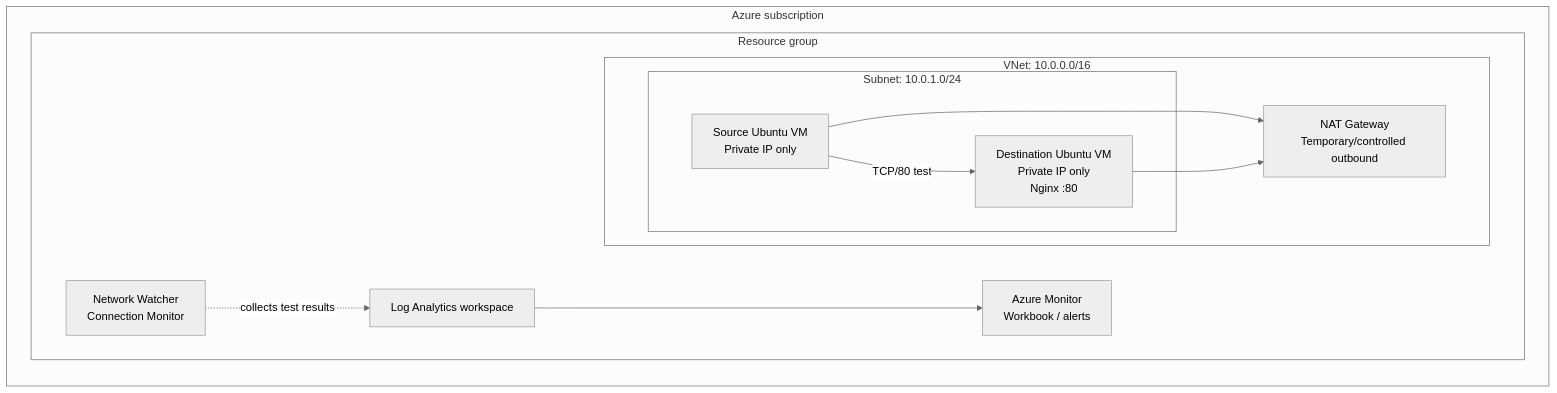
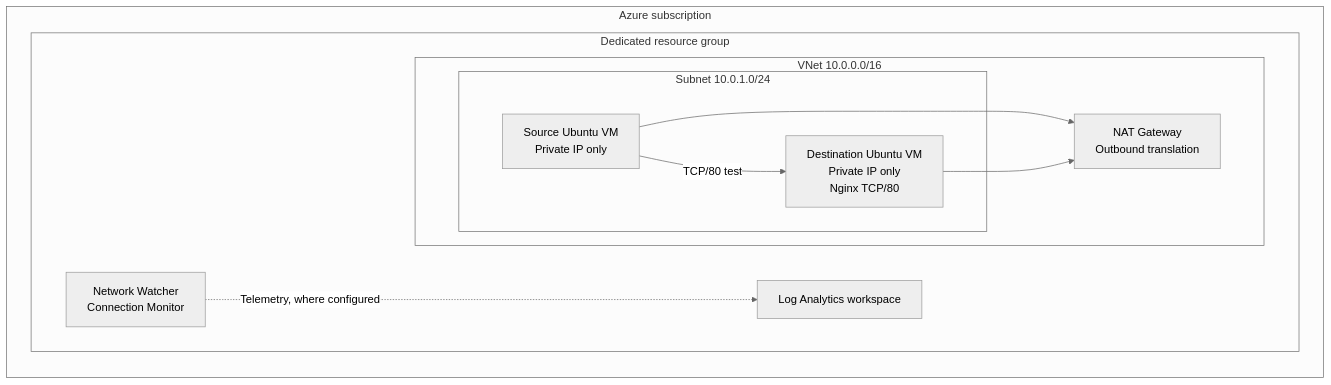
Before and after one commit to RomarioBennett/azure-network-monitoring-lab: the diagram in README.md, drawn with Mermaid (neutral theme). The commit also changed other lines of this file, not shown here.

````diff
--- a/README.md
+++ b/README.md
@@ -22,22 +25,20 @@
 ```mermaid
 flowchart LR
-    subgraph Azure["Azure subscription"]
-      subgraph RG["Resource group"]
-        subgraph VNet["VNet: 10.0.0.0/16"]
-          subgraph Subnet["Subnet: 10.0.1.0/24"]
-            SRC["Source Ubuntu VM\nPrivate IP only"]
-            DST["Destination Ubuntu VM\nPrivate IP only\nNginx :80"]
-          end
-          NAT["NAT Gateway\nTemporary/controlled outbound"]
+  subgraph Azure["Azure subscription"]
+    subgraph RG["Dedicated resource group"]
+      subgraph VNET["VNet 10.0.0.0/16"]
+        subgraph SUB["Subnet 10.0.1.0/24"]
+          SRC["Source Ubuntu VM<br/>Private IP only"]
+          DST["Destination Ubuntu VM<br/>Private IP only<br/>Nginx TCP/80"]
         end
-        CM["Network Watcher\nConnection Monitor"]
-        LAW["Log Analytics workspace"]
-        MON["Azure Monitor\nWorkbook / alerts"]
+        NAT["NAT Gateway<br/>Outbound translation"]
       end
+      CM["Network Watcher<br/>Connection Monitor"]
+      LAW["Log Analytics workspace"]
     end
-    SRC -->|"TCP/80 test"| DST
-    SRC --> NAT
-    DST --> NAT
-    CM -. "collects test results" .-> LAW
-    LAW --> MON
+  end
+  SRC -->|"TCP/80 test"| DST
+  SRC --> NAT
+  DST --> NAT
+  CM -.->|"Telemetry, where configured"| LAW
 ```
````
